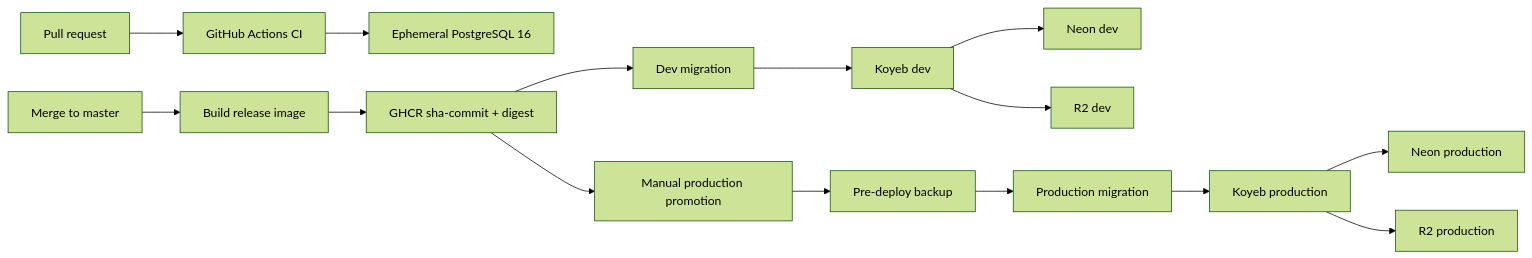
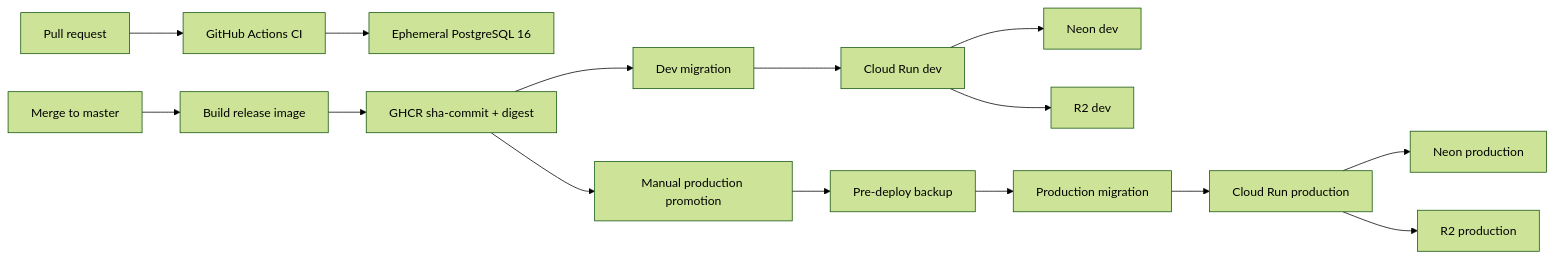
The diagram in docs/13-deployment-environments.md (dudeinhoodie/country-flags), drawn with Mermaid (forest theme) before and after one commit. The commit also changed other lines of this file and 1 other file, not shown here.

First line of the commit message:
docs(deployment): record Cloud Run as the runtime and point Dev at it

```diff
--- a/docs/13-deployment-environments.md
+++ b/docs/13-deployment-environments.md
@@ -51,17 +51,17 @@
 ~~~mermaid
 flowchart LR
     PR["Pull request"] --> CI["GitHub Actions CI"]
     CI --> CIPG["Ephemeral PostgreSQL 16"]
     MAIN["Merge to master"] --> BUILD["Build release image"]
     BUILD --> GHCR["GHCR sha-commit + digest"]
     GHCR --> MIGDEV["Dev migration"]
-    MIGDEV --> DEV["Koyeb dev"]
+    MIGDEV --> DEV["Cloud Run dev"]
     DEV --> DEVDB["Neon dev"]
     DEV --> DEVR2["R2 dev"]
     GHCR --> PROMOTE["Manual production promotion"]
     PROMOTE --> BACKUP["Pre-deploy backup"]
     BACKUP --> MIGPROD["Production migration"]
-    MIGPROD --> PROD["Koyeb production"]
+    MIGPROD --> PROD["Cloud Run production"]
     PROD --> PRODDB["Neon production"]
     PROD --> PRODR2["R2 production"]
 ~~~
```
